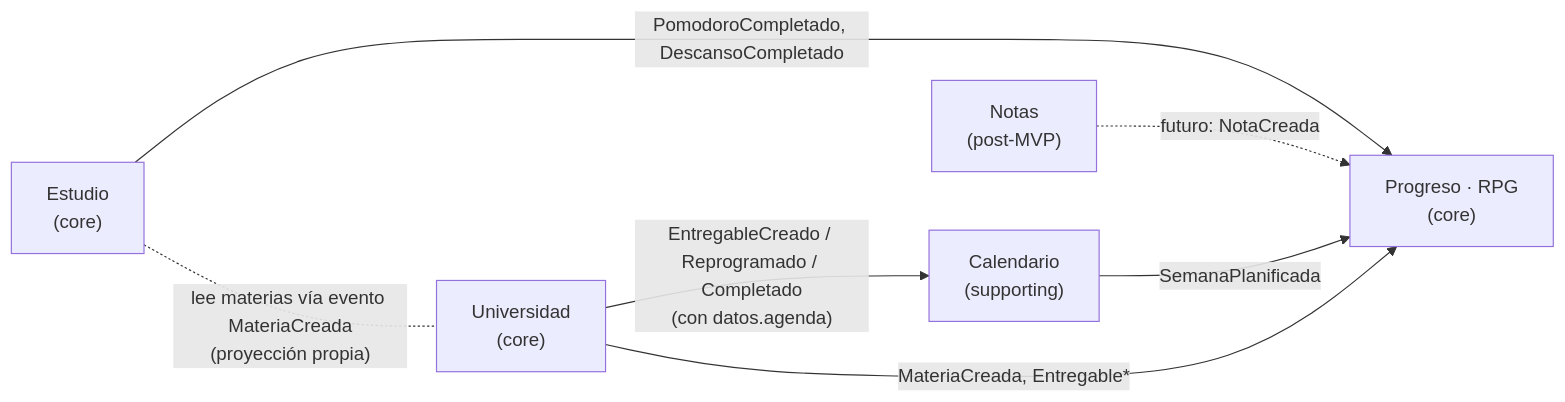
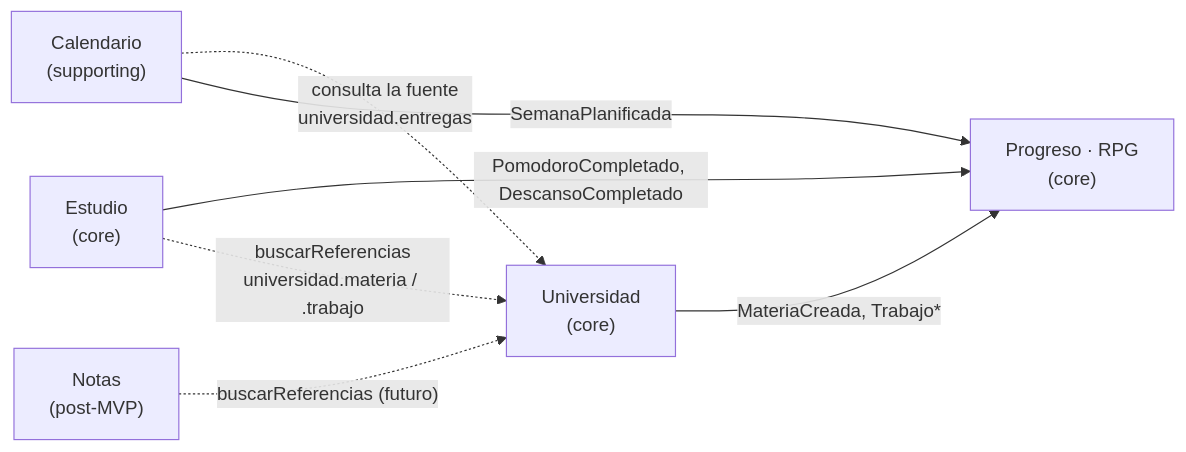
Before and after one commit to Yirusz/personalApp: the first of 6 diagrams in docs/dominio.md, drawn with Mermaid. The commit also changed other lines of this file and 15 other files, not shown here.

````diff
--- a/docs/dominio.md
+++ b/docs/dominio.md
@@ -7,15 +7,15 @@
 ```mermaid
 flowchart LR
   U["Universidad<br/>(core)"]
   C["Calendario<br/>(supporting)"]
   E["Estudio<br/>(core)"]
   P["Progreso · RPG<br/>(core)"]
   N["Notas<br/>(post-MVP)"]
 
-  U -- "EntregableCreado / Reprogramado / Completado<br/>(con datos.agenda)" --> C
-  U -- "MateriaCreada, Entregable*" --> P
+  C -. "consulta la fuente<br/>universidad.entregas" .-> U
+  U -- "MateriaCreada, Trabajo*" --> P
   E -- "PomodoroCompletado, DescansoCompletado" --> P
   C -- "SemanaPlanificada" --> P
-  E -. "lee materias vía evento MateriaCreada<br/>(proyección propia)" .- U
-  N -. "futuro: NotaCreada" .-> P
+  E -. "buscarReferencias<br/>universidad.materia / .trabajo" .-> U
+  N -. "buscarReferencias (futuro)" .-> U
 ```
````
